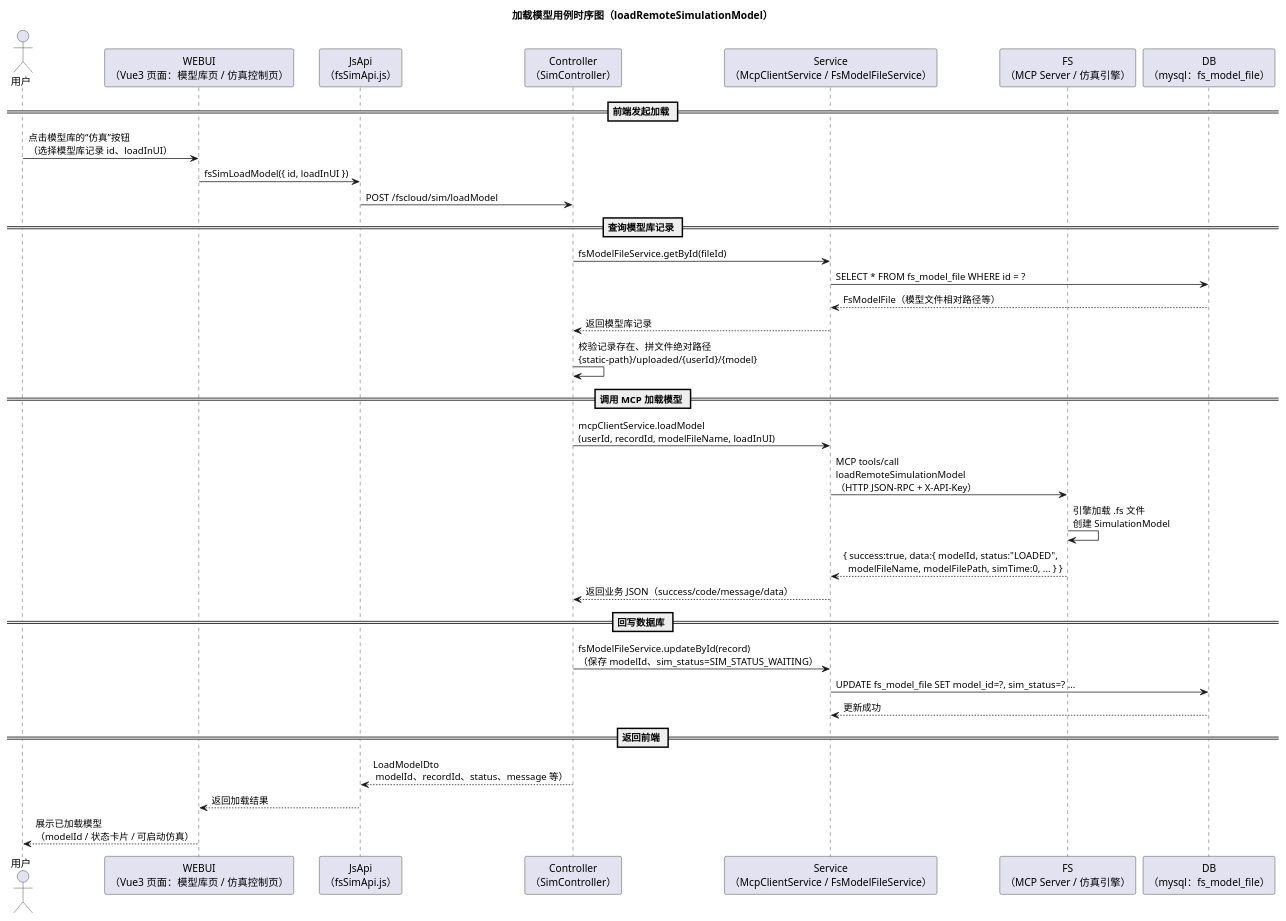
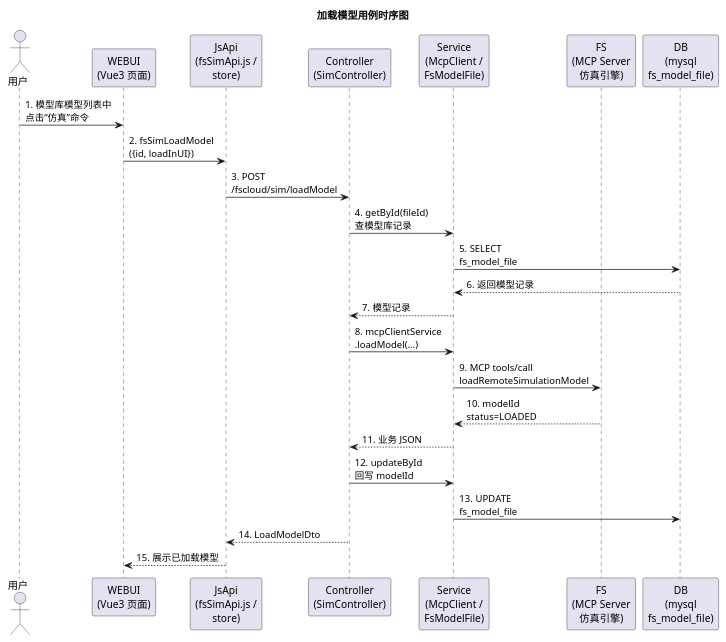
The diagram in latex-doc/uml/mcp/usecase/loadModel.wsd (fengyh/call-fs-mcp), drawn with PlantUML before and after one commit. The commit also changed 3 other files, not shown here.

Commit message:
misc(latex-usercase-loadModel): plantuml图形紧凑，tex添加消息说明

```diff
--- a/latex-doc/uml/mcp/usecase/loadModel.wsd
+++ b/latex-doc/uml/mcp/usecase/loadModel.wsd
@@ -1,46 +1,28 @@
 @startuml
-title 加载模型用例时序图（loadRemoteSimulationModel）
+title 加载模型用例时序图
 
 actor 用户 as USER
-participant "WEBUI\n（Vue3 页面：模型库页 / 仿真控制页）" as WEBUI
-participant "JsApi\n（fsSimApi.js）" as JSApi
-participant "Controller\n（SimController）" as CTRL
-participant "Service\n（McpClientService / FsModelFileService）" as SVC
-participant "FS\n（MCP Server / 仿真引擎）" as FS
-participant "DB\n（mysql：fs_model_file）" as DB
+participant "WEBUI\n(Vue3 页面)" as WEBUI
+participant "JsApi\n(fsSimApi.js /\nstore)" as JSApi
+participant "Controller\n(SimController)" as CTRL
+participant "Service\n(McpClient /\nFsModelFile)" as SVC
+participant "FS\n(MCP Server\n仿真引擎)" as FS
+participant "DB\n(mysql\nfs_model_file)" as DB
 
-== 前端发起加载 ==
-
-USER -> WEBUI : 点击模型库的“仿真”按钮\n（选择模型库记录 id、loadInUI）
-WEBUI -> JSApi : fsSimLoadModel({ id, loadInUI })
-JSApi -> CTRL : POST /fscloud/sim/loadModel
-
-== 查询模型库记录 ==
-
-CTRL -> SVC : fsModelFileService.getById(fileId)
-SVC -> DB : SELECT * FROM fs_model_file WHERE id = ?
-DB --> SVC : FsModelFile（模型文件相对路径等）
-SVC --> CTRL : 返回模型库记录
-CTRL -> CTRL : 校验记录存在、拼文件绝对路径\n{static-path}/uploaded/{userId}/{model}
-
-== 调用 MCP 加载模型 ==
-
-CTRL -> SVC : mcpClientService.loadModel\n(userId, recordId, modelFileName, loadInUI)
-SVC -> FS : MCP tools/call\nloadRemoteSimulationModel\n（HTTP JSON-RPC + X-API-Key）
-FS -> FS : 引擎加载 .fs 文件\n创建 SimulationModel
-FS --> SVC : { success:true, data:{ modelId, status:"LOADED",\n  modelFileName, modelFilePath, simTime:0, ... } }
-SVC --> CTRL : 返回业务 JSON（success/code/message/data）
-
-== 回写数据库 ==
-
-CTRL -> SVC : fsModelFileService.updateById(record)\n（保存 modelId、sim_status=SIM_STATUS_WAITING）
-SVC -> DB : UPDATE fs_model_file SET model_id=?, sim_status=? ...
-DB --> SVC : 更新成功
-
-== 返回前端 ==
-
-CTRL --> JSApi : LoadModelDto\l modelId、recordId、status、message 等）
-JSApi --> WEBUI : 返回加载结果
-WEBUI --> USER : 展示已加载模型\n（modelId / 状态卡片 / 可启动仿真）
+USER -> WEBUI : 1. 模型库模型列表中\n点击“仿真”命令
+WEBUI -> JSApi : 2. fsSimLoadModel\n({id, loadInUI})
+JSApi -> CTRL : 3. POST\n/fscloud/sim/loadModel
+CTRL -> SVC : 4. getById(fileId)\n查模型库记录
+SVC -> DB : 5. SELECT\nfs_model_file
+DB --> SVC : 6. 返回模型记录
+SVC --> CTRL : 7. 模型记录
+CTRL -> SVC : 8. mcpClientService\n.loadModel(...)
+SVC -> FS : 9. MCP tools/call\nloadRemoteSimulationModel
+FS --> SVC : 10. modelId\nstatus=LOADED
+SVC --> CTRL : 11. 业务 JSON
+CTRL -> SVC : 12. updateById\n回写 modelId
+SVC -> DB : 13. UPDATE\nfs_model_file
+CTRL --> JSApi : 14. LoadModelDto
+JSApi --> WEBUI : 15. 展示已加载模型
 
 @enduml
```
